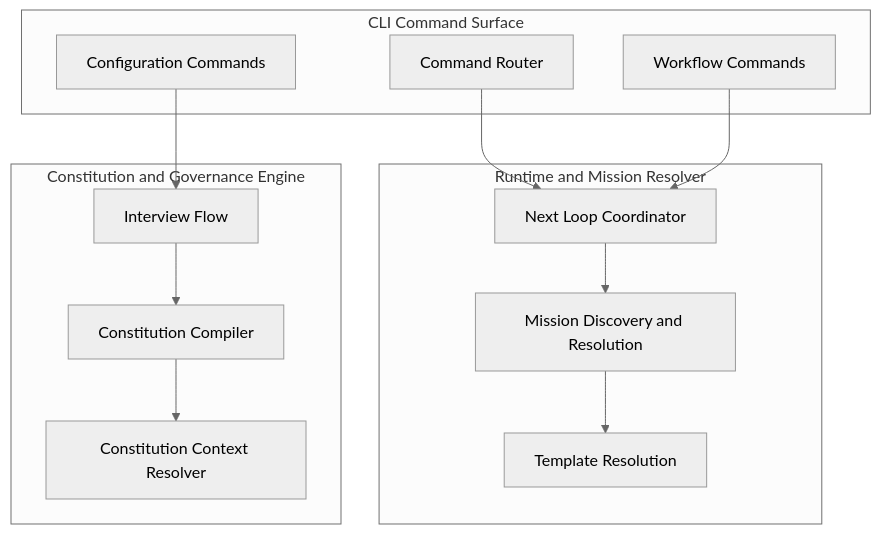
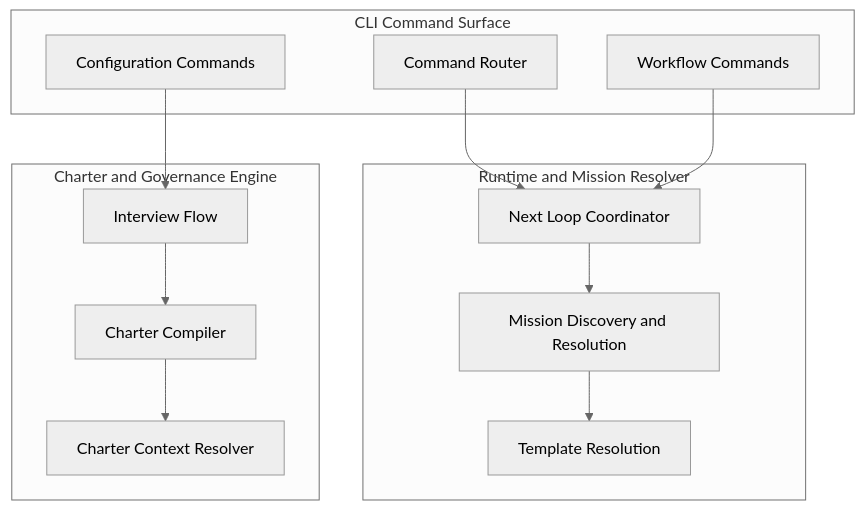
The diagram in src/doctrine/templates/architecture/c4-component-mermaid-template.md (Priivacy-ai/spec-kitty), drawn with Mermaid (neutral theme) before and after one commit. The commit also changed other lines of this file and 53 other files, not shown here.

First line of the commit message:
feat(WP04): rename doctrine, skills, templates, and mission artifacts from constitution to charter

````diff
--- a/src/doctrine/templates/architecture/c4-component-mermaid-template.md
+++ b/src/doctrine/templates/architecture/c4-component-mermaid-template.md
@@ -16,28 +16,28 @@
 ```mermaid
 flowchart TB
     subgraph CLI["CLI Command Surface"]
       cmd[Command Router]
       wf[Workflow Commands]
       cfg[Configuration Commands]
     end
 
     subgraph Runtime["Runtime and Mission Resolver"]
       loop[Next Loop Coordinator]
       discover[Mission Discovery and Resolution]
       render[Template Resolution]
     end
 
-    subgraph Governance["Constitution and Governance Engine"]
+    subgraph Governance["Charter and Governance Engine"]
       interview[Interview Flow]
-      compiler[Constitution Compiler]
-      context[Constitution Context Resolver]
+      compiler[Charter Compiler]
+      context[Charter Context Resolver]
     end
 
     cmd --> loop
     wf --> loop
     loop --> discover
     discover --> render
     cfg --> interview
     interview --> compiler
     compiler --> context
 ```
````
